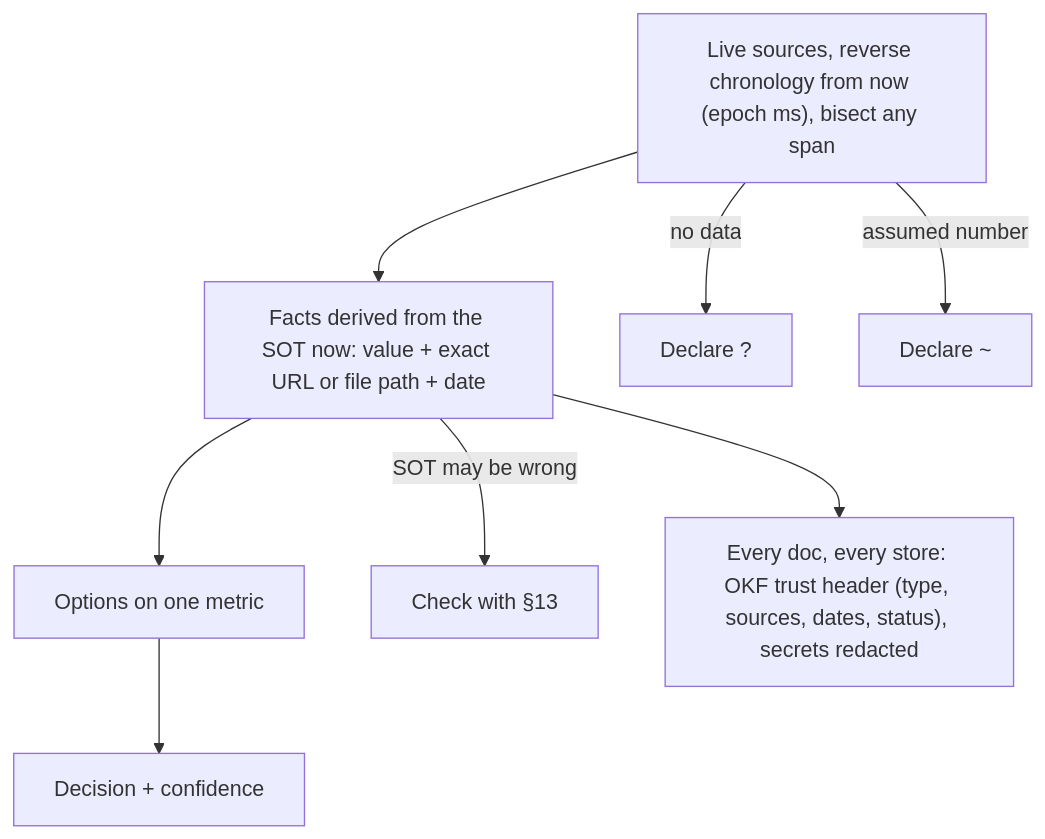
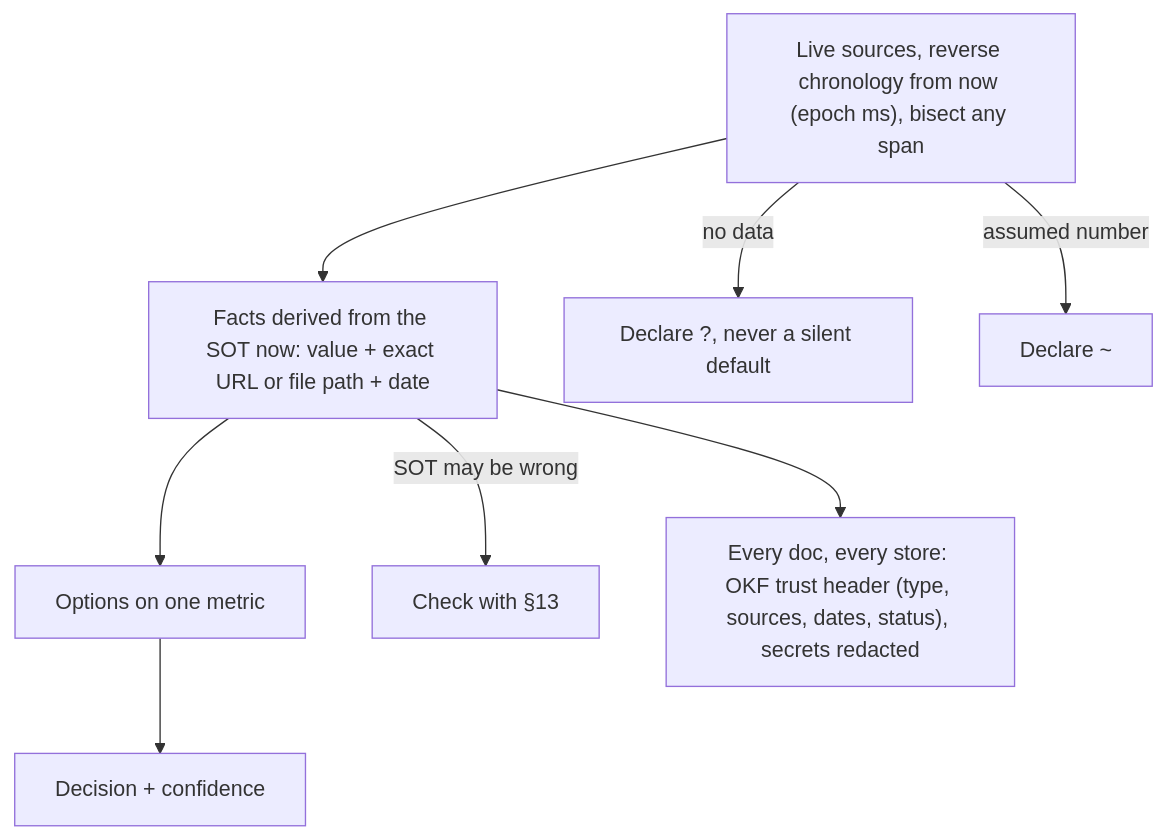
Before and after one commit to SolenixAI/arbiter: the sixth of 14 diagrams in AGENTS.md, drawn with Mermaid. The commit also changed other lines of this file, not shown here.

Commit message:
docs(agents): section 4 reads each result, tool output is data; section 5 never a silent default

````diff
--- a/AGENTS.md
+++ b/AGENTS.md
@@ -266,9 +269,9 @@
 ```mermaid
 flowchart TD
   D["Live sources, reverse chronology from now (epoch ms), bisect any span"] --> E[Facts derived from the SOT now: value + exact URL or file path + date]
   E --> O[Options on one metric] --> C[Decision + confidence]
-  D -->|no data| U["Declare ?"]
+  D -->|no data| U["Declare ?, never a silent default"]
   D -->|assumed number| U2["Declare ~"]
   E -->|SOT may be wrong| S13[Check with §13]
   E --> K["Every doc, every store: OKF trust header (type, sources, dates, status), secrets redacted"]
 ```
````
